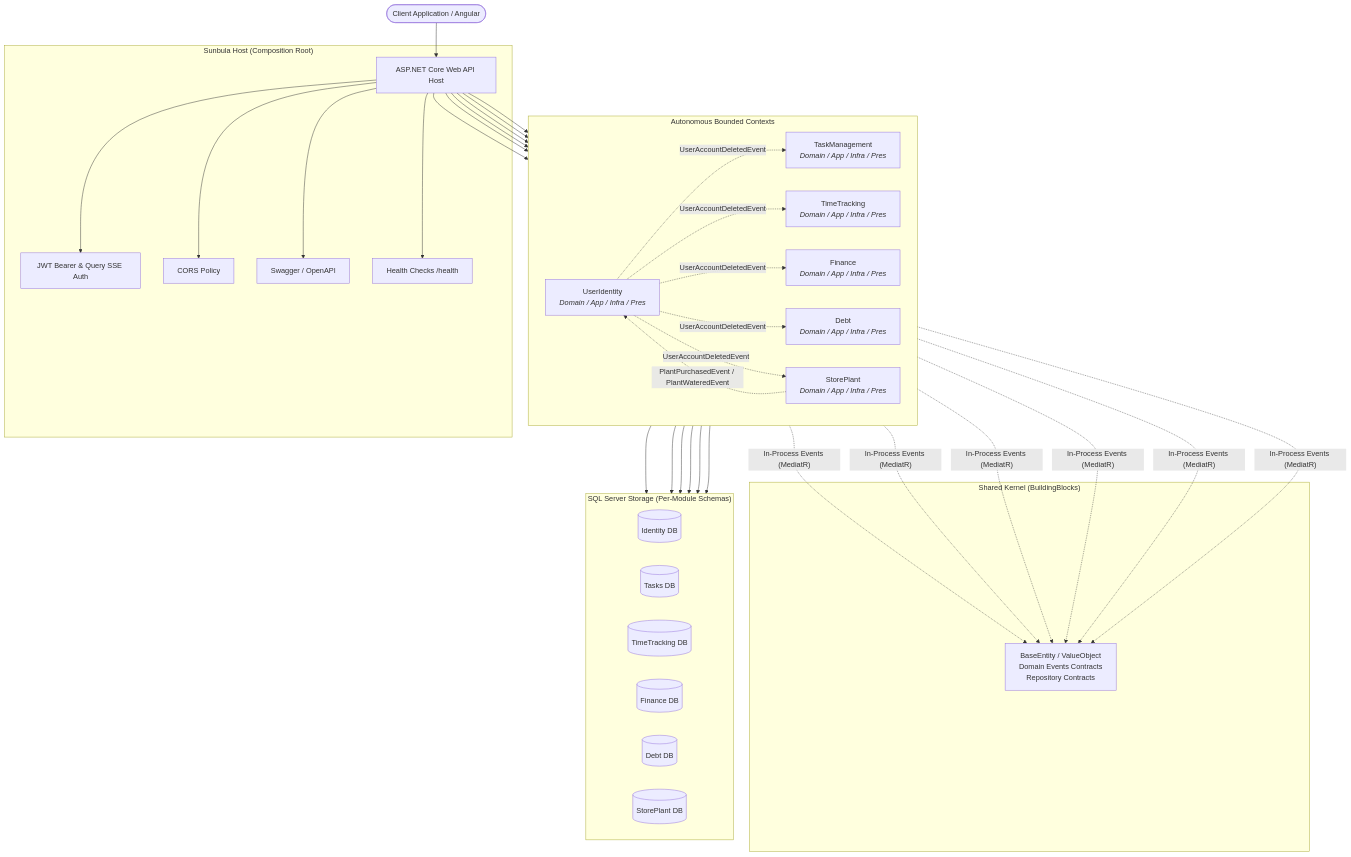
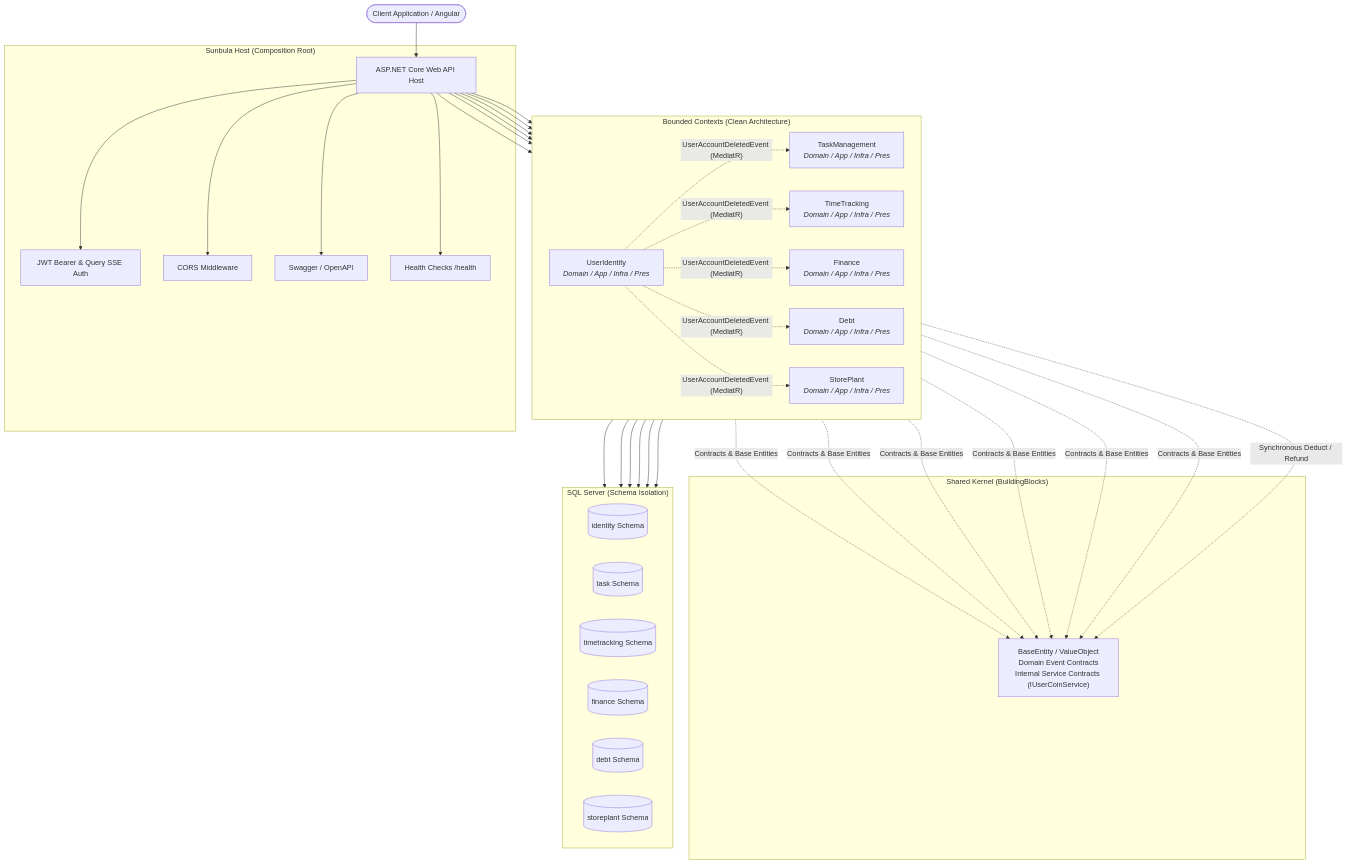
One commit to hassans22hh-ship-it/SunbulaGraduationProject changed the first of 3 diagrams in README.md. Above: the diagram before and after it, drawn with Mermaid. The commit also changed other lines of this file and 19 other files, not shown here.

First line of the commit message:
feat: Add UserCoinService for managing user coin transactions

````diff
--- a/README.md
+++ b/README.md
@@ -53,47 +54,47 @@
 ```mermaid
 graph TB
     Client([Client Application / Angular]) --> Gateway[ASP.NET Core Web API Host]
 
     subgraph HOST["Sunbula Host (Composition Root)"]
         Gateway --> Auth[JWT Bearer & Query SSE Auth]
-        Gateway --> CORS[CORS Policy]
+        Gateway --> CORS[CORS Middleware]
         Gateway --> Swagger[Swagger / OpenAPI]
         Gateway --> Health[Health Checks /health]
     end
 
-    subgraph MODULES["Autonomous Bounded Contexts"]
+    subgraph MODULES["Bounded Contexts (Clean Architecture)"]
         direction LR
         UI["UserIdentity<br/><i>Domain / App / Infra / Pres</i>"]
         TM["TaskManagement<br/><i>Domain / App / Infra / Pres</i>"]
         TT["TimeTracking<br/><i>Domain / App / Infra / Pres</i>"]
         FIN["Finance<br/><i>Domain / App / Infra / Pres</i>"]
         DBT["Debt<br/><i>Domain / App / Infra / Pres</i>"]
         PLT["StorePlant<br/><i>Domain / App / Infra / Pres</i>"]
     end
 
     subgraph SHARED["Shared Kernel (BuildingBlocks)"]
-        SK["BaseEntity / ValueObject<br/>Domain Events Contracts<br/>Repository Contracts"]
+        SK["BaseEntity / ValueObject<br/>Domain Event Contracts<br/>Internal Service Contracts (IUserCoinService)"]
     end
 
-    subgraph DB["SQL Server Storage (Per-Module Schemas)"]
+    subgraph DB["SQL Server (Schema Isolation)"]
         direction LR
-        D_UI[(Identity DB)]
-        D_TM[(Tasks DB)]
-        D_TT[(TimeTracking DB)]
-        D_FIN[(Finance DB)]
-        D_DBT[(Debt DB)]
-        D_PLT[(StorePlant DB)]
+        D_UI[(identity Schema)]
+        D_TM[(task Schema)]
+        D_TT[(timetracking Schema)]
+        D_FIN[(finance Schema)]
+        D_DBT[(debt Schema)]
+        D_PLT[(storeplant Schema)]
     end
 
     Gateway --> UI & TM & TT & FIN & DBT & PLT
     UI --> D_UI
     TM --> D_TM
     TT --> D_TT
     FIN --> D_FIN
     DBT --> D_DBT
     PLT --> D_PLT
 
-    UI & TM & TT & FIN & DBT & PLT -. In-Process Events (MediatR) .-> SK
-    UI -. UserAccountDeletedEvent .-> TM & TT & FIN & DBT & PLT
-    PLT -. PlantPurchasedEvent / PlantWateredEvent .-> UI
+    UI & TM & TT & FIN & DBT & PLT -. Contracts & Base Entities .-> SK
+    UI -. UserAccountDeletedEvent (MediatR) .-> TM & TT & FIN & DBT & PLT
+    PLT -. Synchronous Deduct / Refund .-> SK
 ```
````
